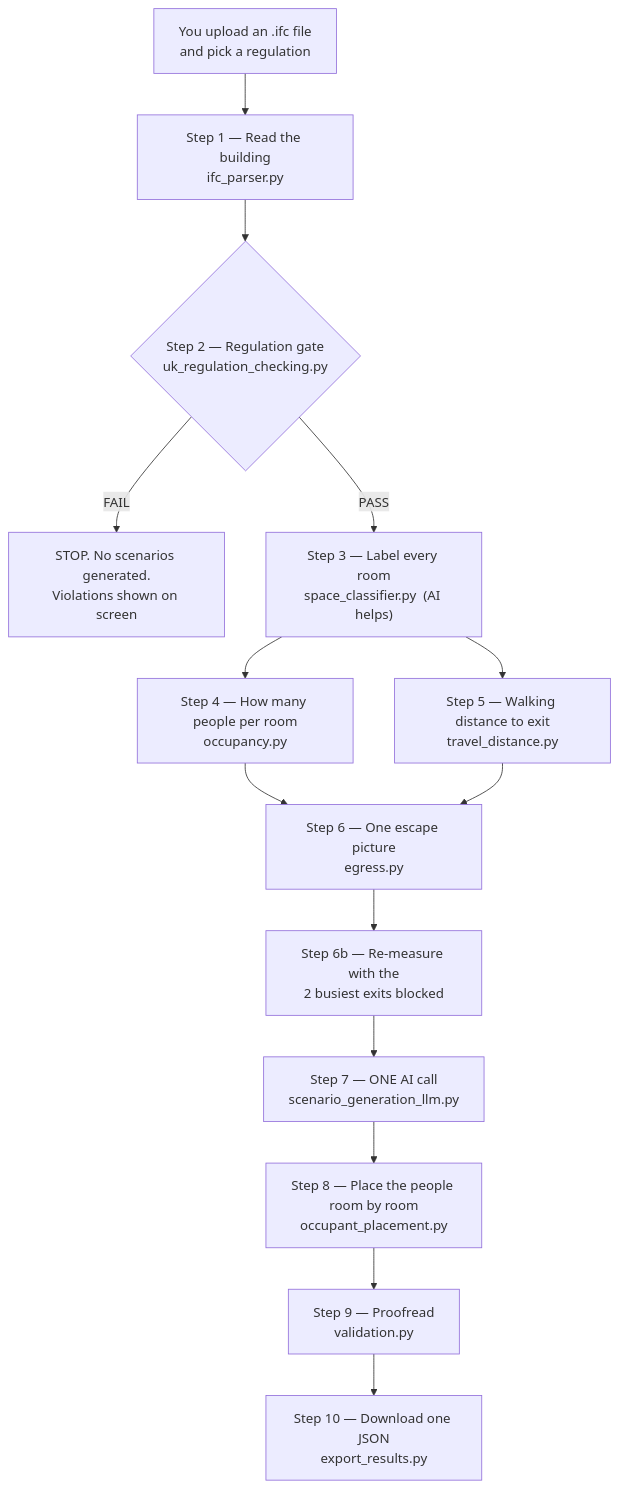
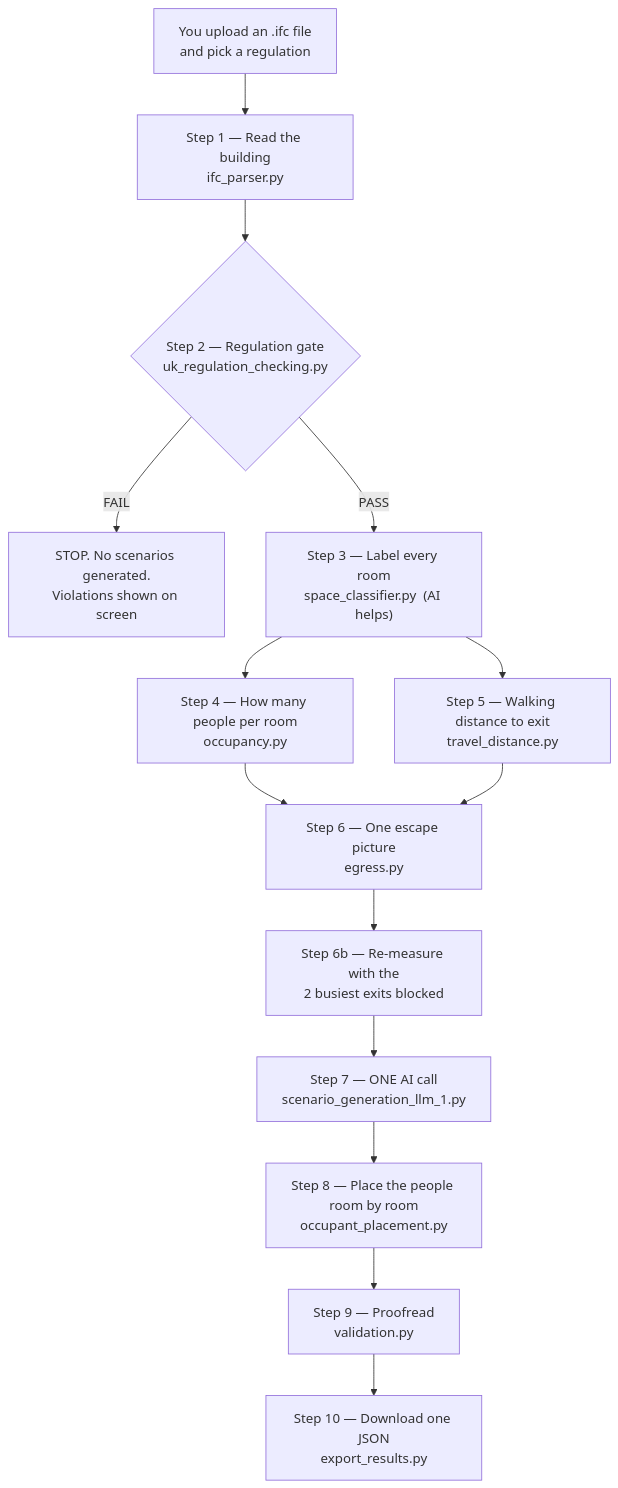
Before and after one commit to SHAN-RODS/Data_science_projects: the diagram in HOW_THE_WHOLE_PROJECT_WORKS.md, drawn with Mermaid. The commit also changed other lines of this file and 13 other files, not shown here.

````diff
--- a/HOW_THE_WHOLE_PROJECT_WORKS.md
+++ b/HOW_THE_WHOLE_PROJECT_WORKS.md
@@ -83,16 +83,16 @@
 ```mermaid
 flowchart TD
     A["You upload an .ifc file<br/>and pick a regulation"] --> B["Step 1 — Read the building<br/>ifc_parser.py"]
     B --> C{"Step 2 — Regulation gate<br/>uk_regulation_checking.py"}
     C -->|FAIL| X["STOP. No scenarios generated.<br/>Violations shown on screen"]
     C -->|PASS| D["Step 3 — Label every room<br/>space_classifier.py  (AI helps)"]
     D --> E["Step 4 — How many people per room<br/>occupancy.py"]
     D --> F["Step 5 — Walking distance to exit<br/>travel_distance.py"]
     E --> G["Step 6 — One escape picture<br/>egress.py"]
     F --> G
     G --> H["Step 6b — Re-measure with the<br/>2 busiest exits blocked"]
-    H --> I["Step 7 — ONE AI call<br/>scenario_generation_llm.py"]
+    H --> I["Step 7 — ONE AI call<br/>scenario_generation_llm_1.py"]
     I --> J["Step 8 — Place the people room by room<br/>occupant_placement.py"]
     J --> K["Step 9 — Proofread<br/>validation.py"]
     K --> L["Step 10 — Download one JSON<br/>export_results.py"]
 ```
````
